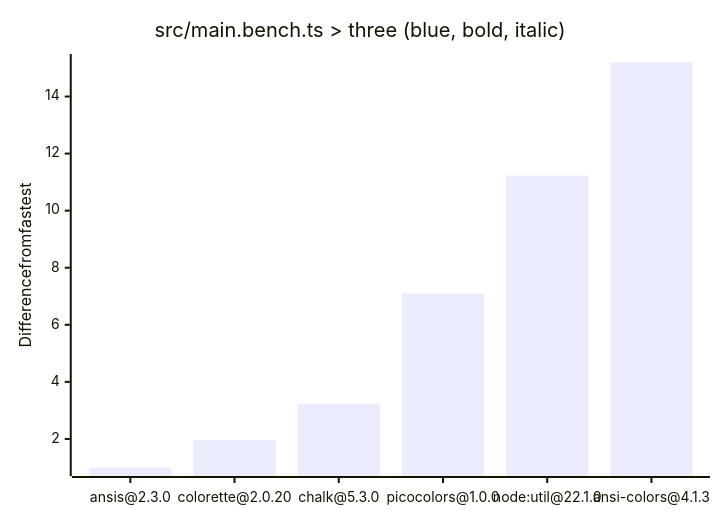
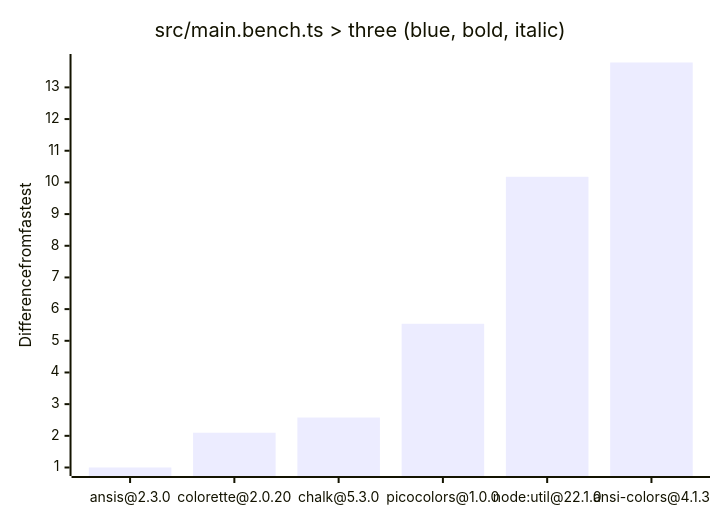
One commit to beeequeue/node-cli-colors-benchmark changed the third of 4 diagrams in README.md. Above: the diagram before and after it, drawn with Mermaid. The commit also changed other lines of this file, not shown here.

Commit message:
Update graphs

````diff
--- a/README.md
+++ b/README.md
@@ -33,7 +33,7 @@
 ```mermaid
 xychart-beta
   title "src/main.bench.ts > three (blue, bold, italic)"
   x-axis ["ansis@2.3.0", "colorette@2.0.20", "chalk@5.3.0", "picocolors@1.0.0", "node:util@22.1.0", "ansi-colors@4.1.3"]
   y-axis Difference from fastest
-  bar [1.0000, 1.9656, 3.2386, 7.0949, 11.2273, 15.1919]
+  bar [1.0000, 2.0984, 2.5773, 5.5369, 10.1776, 13.7858]
 ```
````
